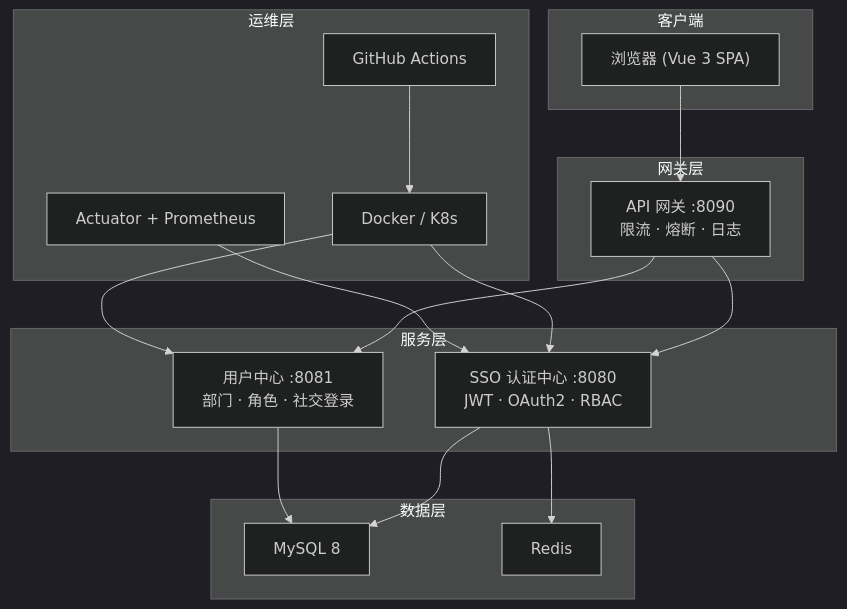
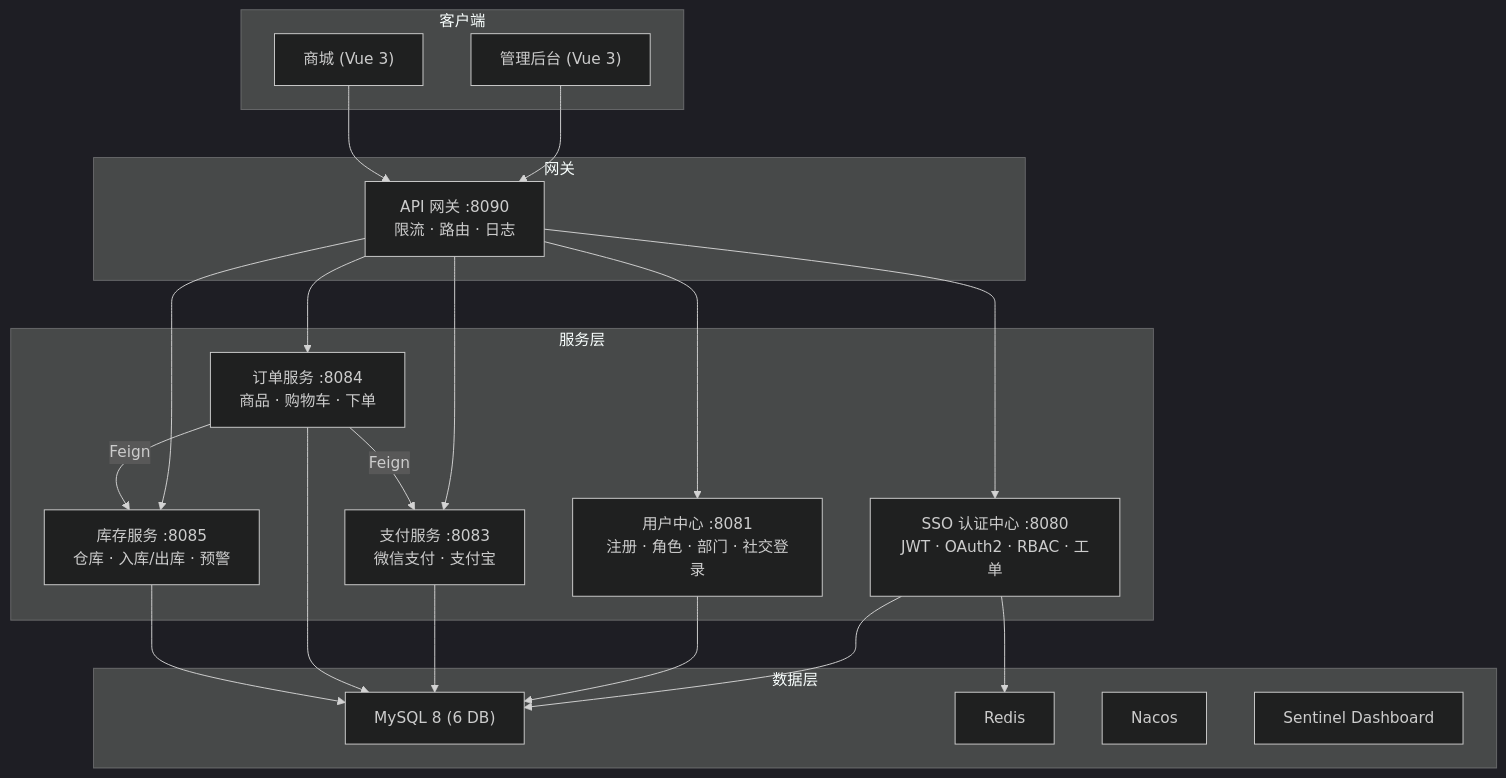
One commit to xyx11/yunxingcloud changed the diagram in yunxingcloud/README.md. Above: the diagram before and after it, drawn with Mermaid (dark theme). The commit also changed other lines of this file and 358 other files, not shown here.

````diff
--- a/yunxingcloud/README.md
+++ b/yunxingcloud/README.md
@@ -37,37 +45,42 @@
 ```mermaid
 graph TB
     subgraph 客户端
-        Browser["浏览器 (Vue 3 SPA)"]
+        Admin["管理后台 (Vue 3)"]
+        Mall["商城 (Vue 3)"]
     end
 
-    subgraph 网关层
-        Gateway["API 网关 :8090<br/>限流 · 熔断 · 日志"]
+    subgraph 网关
+        Gateway["API 网关 :8090<br/>限流 · 路由 · 日志"]
     end
 
     subgraph 服务层
-        Core["SSO 认证中心 :8080<br/>JWT · OAuth2 · RBAC"]
-        UC["用户中心 :8081<br/>部门 · 角色 · 社交登录"]
+        Core["SSO 认证中心 :8080<br/>JWT · OAuth2 · RBAC · 工单"]
+        UC["用户中心 :8081<br/>注册 · 角色 · 部门 · 社交登录"]
+        Pay["支付服务 :8083<br/>微信支付 · 支付宝"]
+        Ord["订单服务 :8084<br/>商品 · 购物车 · 下单"]
+        Inv["库存服务 :8085<br/>仓库 · 入库/出库 · 预警"]
     end
 
     subgraph 数据层
-        MySQL["MySQL 8"]
+        MySQL["MySQL 8 (6 DB)"]
         Redis["Redis"]
+        Nacos["Nacos"]
+        Sentinel["Sentinel Dashboard"]
     end
 
-    subgraph 运维层
-        Docker["Docker / K8s"]
-        CI["GitHub Actions"]
-        Monitor["Actuator + Prometheus"]
-    end
-
-    Browser --> Gateway
+    Admin --> Gateway
+    Mall --> Gateway
     Gateway --> Core
     Gateway --> UC
+    Gateway --> Pay
+    Gateway --> Ord
+    Gateway --> Inv
+    Ord -- Feign --> Pay
+    Ord -- Feign --> Inv
     Core --> MySQL
     Core --> Redis
     UC --> MySQL
-    Docker --> Core
-    Docker --> UC
-    CI --> Docker
-    Monitor --> Core
+    Pay --> MySQL
+    Ord --> MySQL
+    Inv --> MySQL
 ```
````
